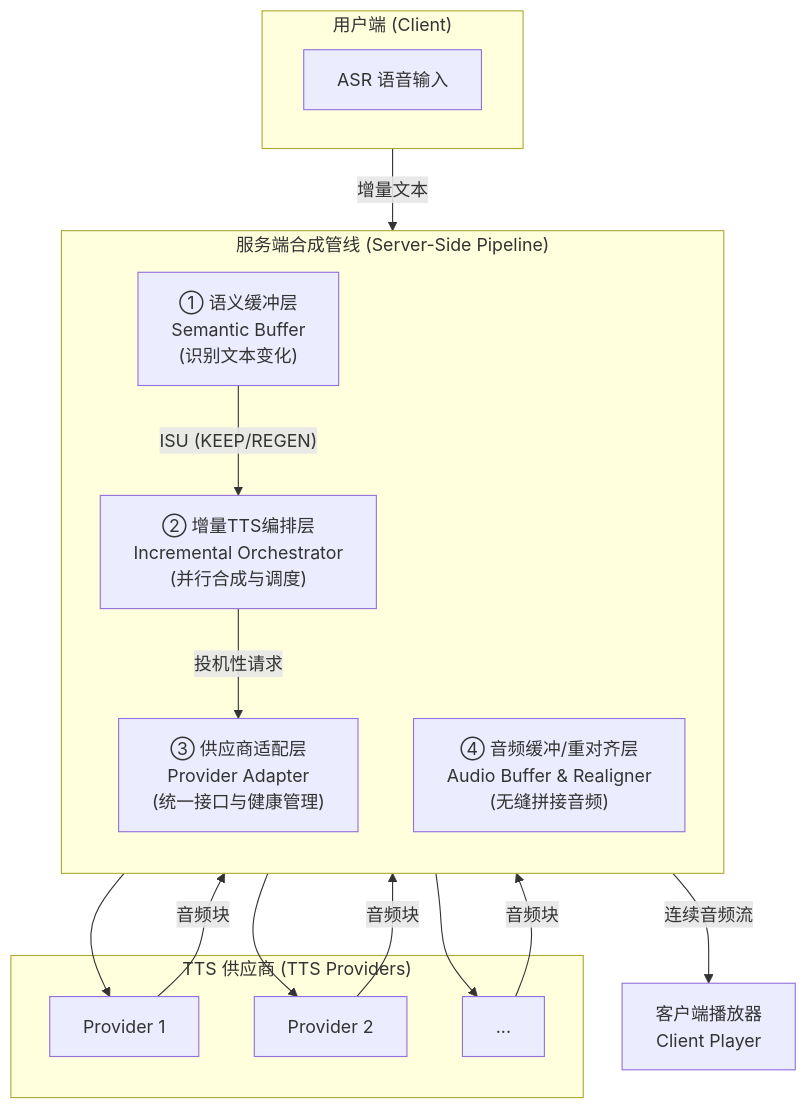
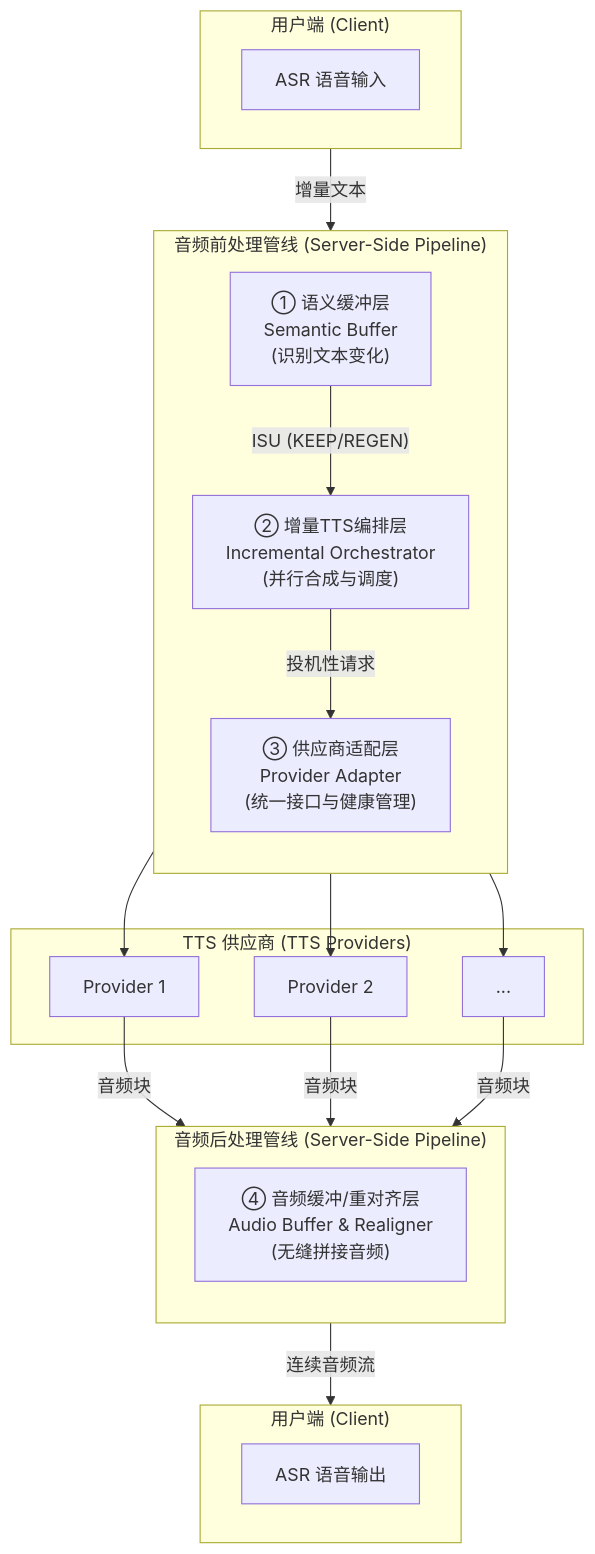
The first of 3 diagrams in distributed/高并发流式语音合成管线：分片、调度与秒级响应.md (iheCoder/code_for_article), drawn with Mermaid before and after one commit. The commit also changed other lines of this file, not shown here.

Commit message:
高并发流式语音合成管线：分片、调度与秒级响应 md add story, better diff-aware graph, intelligent chunking

````diff
--- a/distributed/高并发流式语音合成管线：分片、调度与秒级响应.md
+++ b/distributed/高并发流式语音合成管线：分片、调度与秒级响应.md
@@ -23,34 +23,41 @@
 ```mermaid
 graph TD
     subgraph "用户端 (Client)"
         direction LR
         A[ASR 语音输入]
     end
 
-    subgraph "服务端合成管线 (Server-Side Pipeline)"
+    subgraph "音频前处理管线 (Server-Side Pipeline)"
         direction TB
         B["① 语义缓冲层<br/>Semantic Buffer<br/>(识别文本变化)"]
         C["② 增量TTS编排层<br/>Incremental Orchestrator<br/>(并行合成与调度)"]
         D["③ 供应商适配层<br/>Provider Adapter<br/>(统一接口与健康管理)"]
-        E["④ 音频缓冲/重对齐层<br/>Audio Buffer & Realigner<br/>(无缝拼接音频)"]
     end
 
     subgraph "TTS 供应商 (TTS Providers)"
         F[Provider 1]
         G[Provider 2]
         H[...]
     end
 
-    I[客户端播放器<br/>Client Player]
+    subgraph "音频后处理管线 (Server-Side Pipeline)"
+        direction TB
+        E["④ 音频缓冲/重对齐层<br/>Audio Buffer & Realigner<br/>(无缝拼接音频)"]
+    end    
+
+    subgraph "用户端 (Client)"
+        direction LR
+        I[ASR 语音输出]
+    end
 
     A -- "增量文本" --> B
     B -- "ISU (KEEP/REGEN)" --> C
     C -- "投机性请求" --> D
     D --> F
     D --> G
     D --> H
     F -- "音频块" --> E
     G -- "音频块" --> E
     H -- "音频块" --> E
     E -- "连续音频流" --> I
 ```
````
